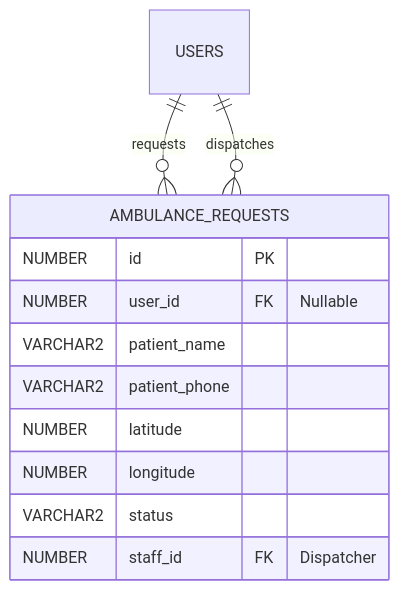
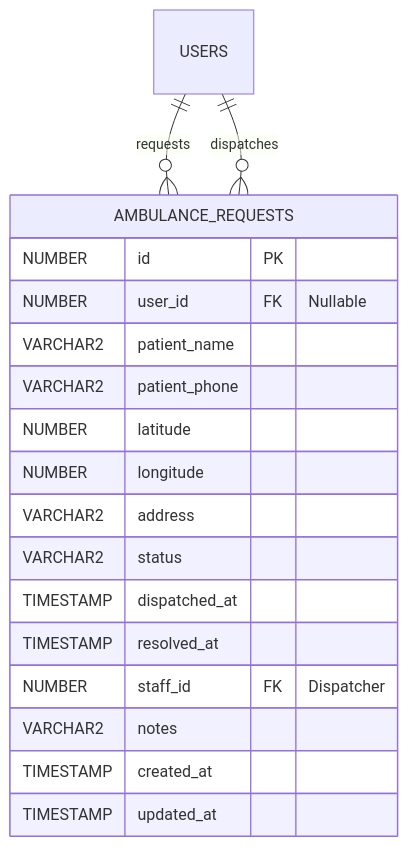
The fifth of 5 diagrams in ER_DIAGRAMS.md (AbirHasanArko/hellomed-db-legacy), drawn with Mermaid before and after one commit. The commit also changed other lines of this file, not shown here.

Commit message:
Update ER diagrams with full 1:1 column mapping from Oracle schema

````diff
--- a/ER_DIAGRAMS.md
+++ b/ER_DIAGRAMS.md
@@ -211,16 +370,22 @@
 ```mermaid
 erDiagram
     AMBULANCE_REQUESTS {
         NUMBER id PK
         NUMBER user_id FK "Nullable"
         VARCHAR2 patient_name
         VARCHAR2 patient_phone
         NUMBER latitude
         NUMBER longitude
+        VARCHAR2 address
         VARCHAR2 status
+        TIMESTAMP dispatched_at
+        TIMESTAMP resolved_at
         NUMBER staff_id FK "Dispatcher"
+        VARCHAR2 notes
+        TIMESTAMP created_at
+        TIMESTAMP updated_at
     }
 
     USERS ||--o{ AMBULANCE_REQUESTS : "requests"
     USERS ||--o{ AMBULANCE_REQUESTS : "dispatches"
 ```
````
